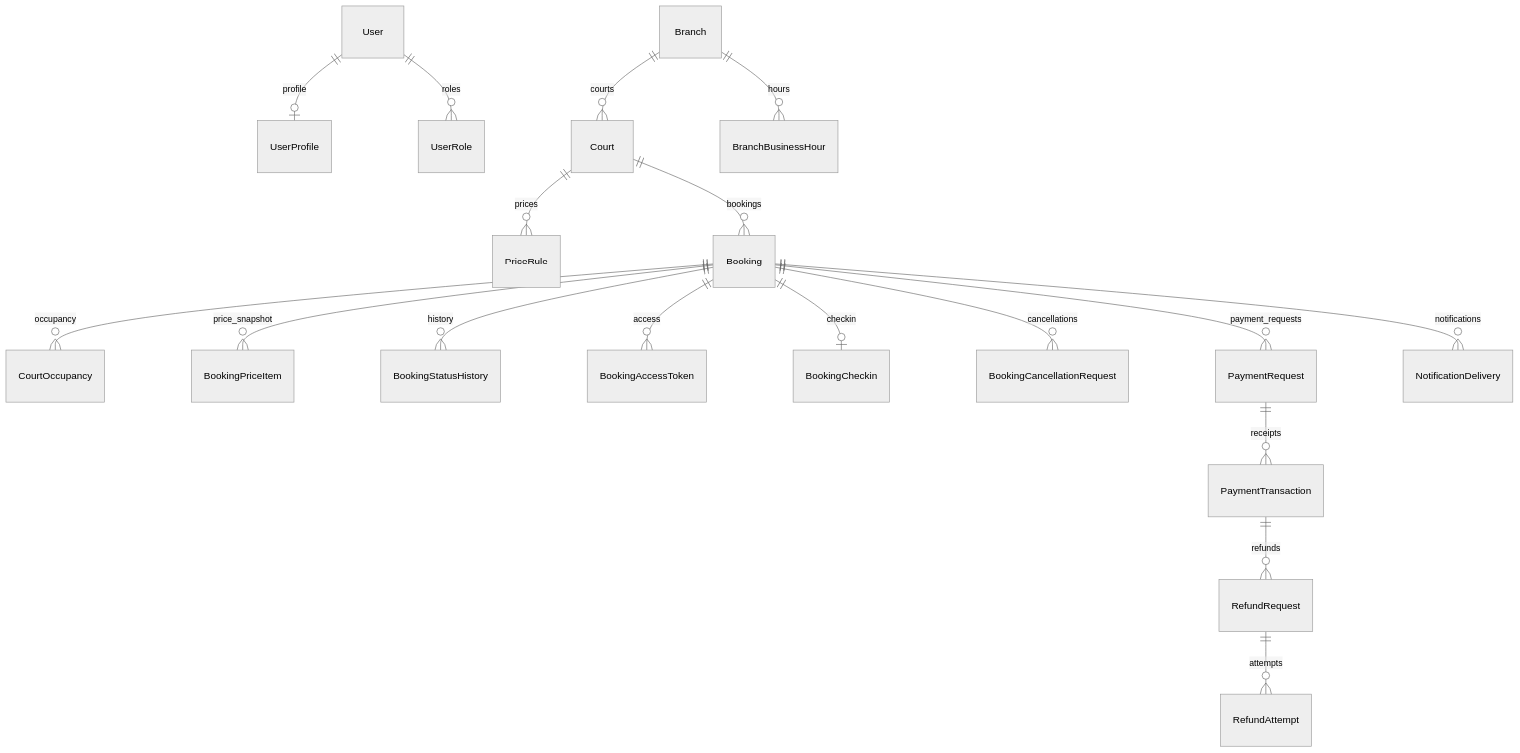
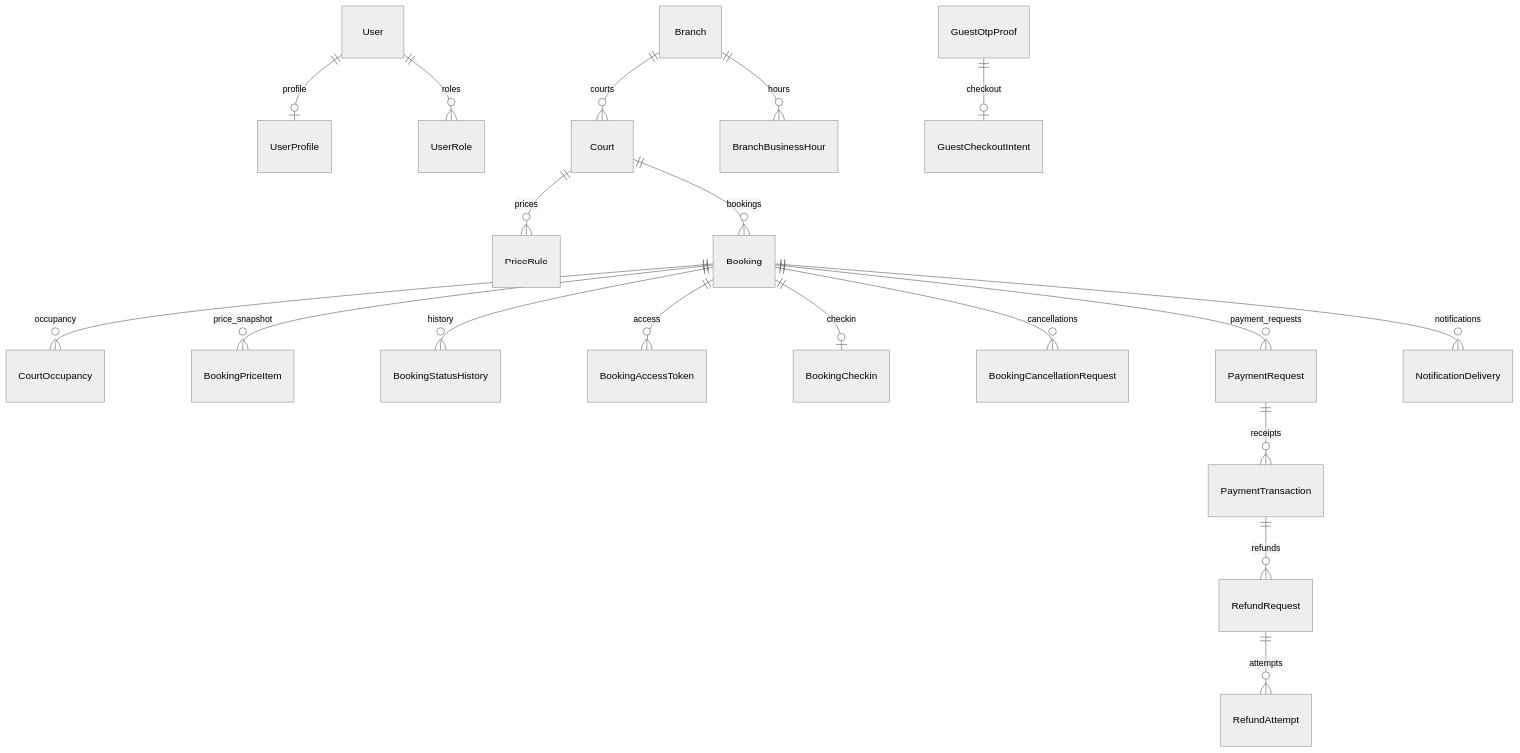
One commit to QuanVu512/BookingManagement changed the diagram in docs/DATABASE.md. Above: the diagram before and after it, drawn with Mermaid (neutral theme). The commit also changed other lines of this file and 26 other files, not shown here.

````diff
--- a/docs/DATABASE.md
+++ b/docs/DATABASE.md
@@ -21,20 +23,21 @@
 ```mermaid
 erDiagram
   User ||--o| UserProfile : profile
   User ||--o{ UserRole : roles
   Branch ||--o{ Court : courts
   Branch ||--o{ BranchBusinessHour : hours
   Court ||--o{ PriceRule : prices
   Court ||--o{ Booking : bookings
   Booking ||--o{ CourtOccupancy : occupancy
   Booking ||--o{ BookingPriceItem : price_snapshot
   Booking ||--o{ BookingStatusHistory : history
   Booking ||--o{ BookingAccessToken : access
   Booking ||--o| BookingCheckin : checkin
   Booking ||--o{ BookingCancellationRequest : cancellations
   Booking ||--o{ PaymentRequest : payment_requests
   PaymentRequest ||--o{ PaymentTransaction : receipts
+  GuestOtpProof ||--o| GuestCheckoutIntent : checkout
   PaymentTransaction ||--o{ RefundRequest : refunds
   RefundRequest ||--o{ RefundAttempt : attempts
   Booking ||--o{ NotificationDelivery : notifications
 ```
````
